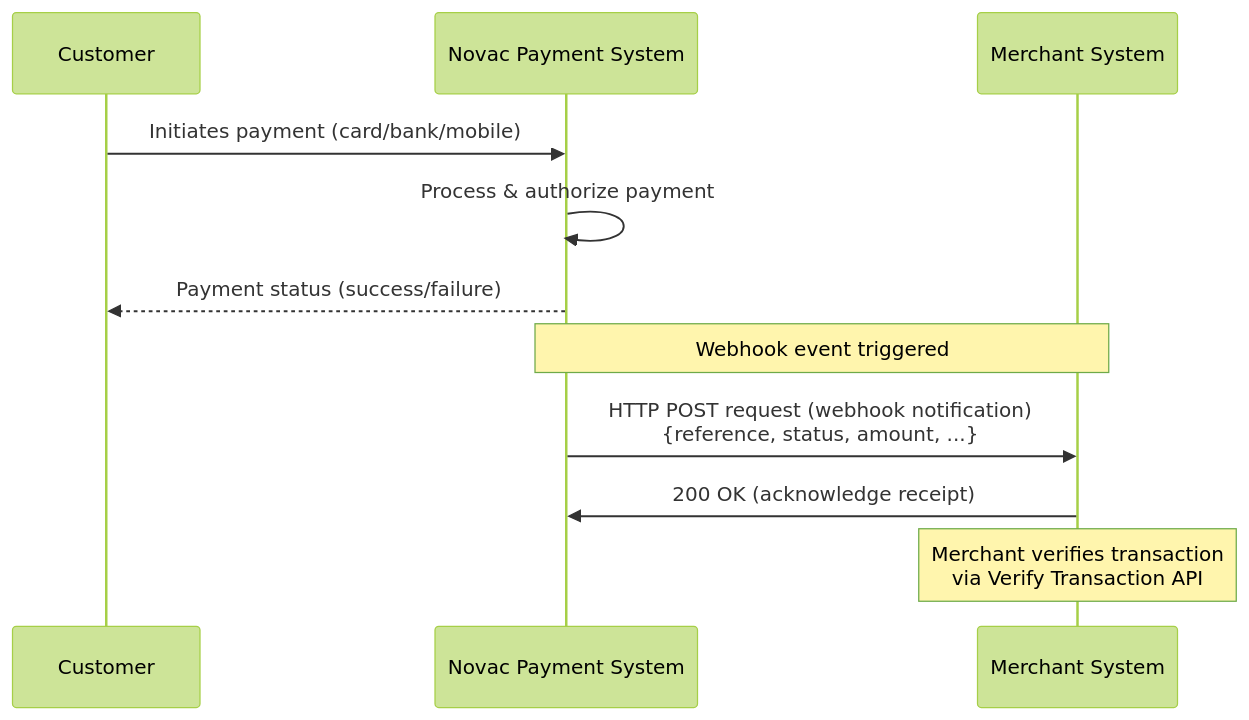
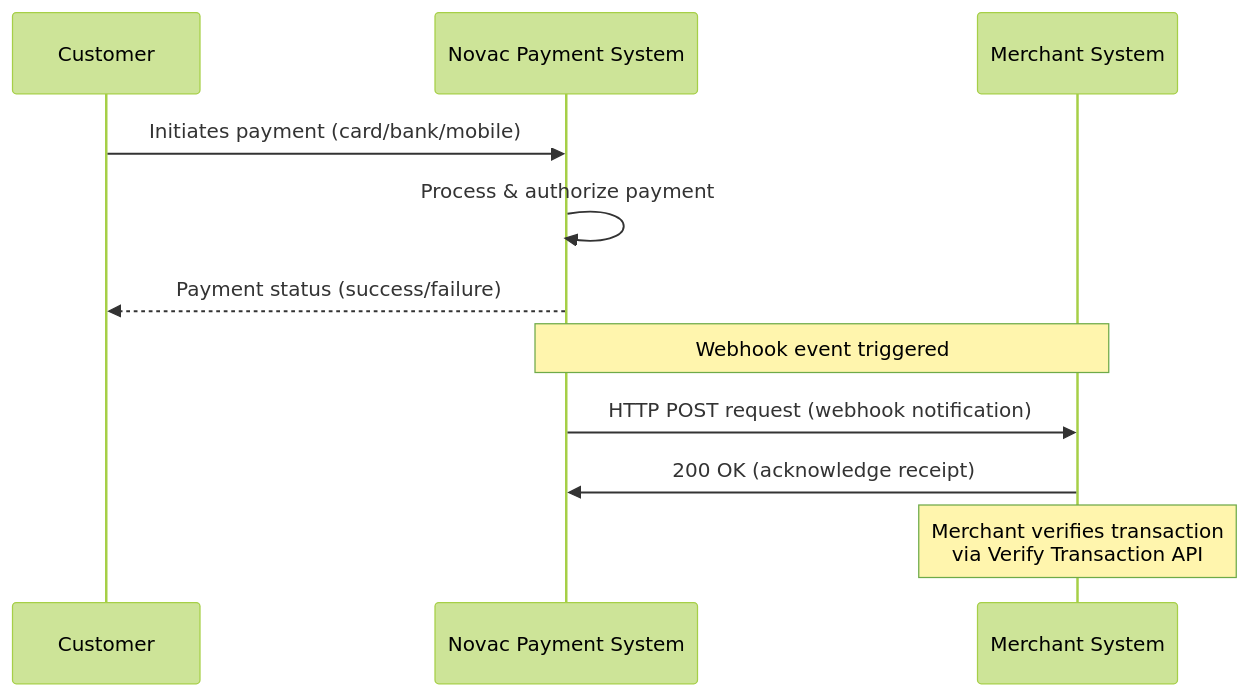
One commit to JohnOjoNovac/docs changed the diagram in docs/api-basics/webhooks.mdx. Above: the diagram before and after it, drawn with Mermaid (forest theme). The commit also changed other lines of this file and 9 other files, not shown here.

````diff
--- a/docs/api-basics/webhooks.mdx
+++ b/docs/api-basics/webhooks.mdx
@@ -18,17 +25,17 @@
 ```mermaid
     sequenceDiagram
     participant C as Customer
     participant N as Novac Payment System
     participant M as Merchant System
 
     C->>N: Initiates payment (card/bank/mobile)
     N->>N: Process & authorize payment
     N-->>C: Payment status (success/failure)
 
     Note over N,M: Webhook event triggered
 
-    N->>M: HTTP POST request (webhook notification)<br/> {reference, status, amount, ...}
+    N->>M: HTTP POST request (webhook notification)
     M->>N: 200 OK (acknowledge receipt)
 
     Note over M: Merchant verifies transaction<br/>via Verify Transaction API
 ```
````
